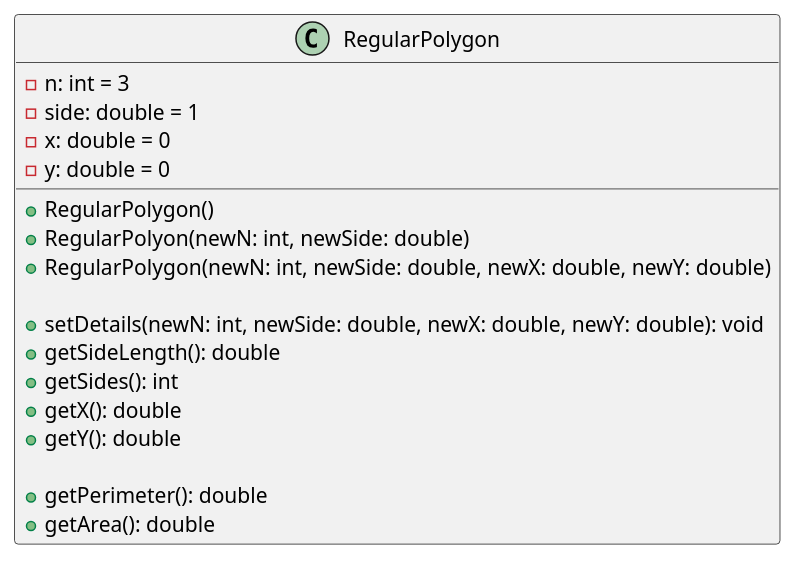
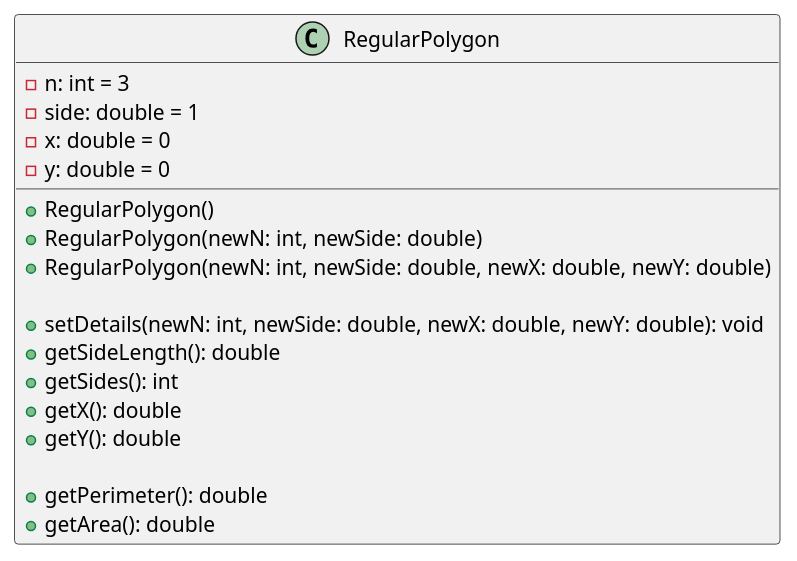
Before and after one commit to busiedbog/java-software-development: the diagram in Exercise 9.9/regularPolygon.puml, drawn with PlantUML. The commit also changed 3 other files, not shown here.

```diff
--- a/Exercise 9.9/regularPolygon.puml
+++ b/Exercise 9.9/regularPolygon.puml
@@ -1,23 +1,23 @@
 @startuml
 class RegularPolygon {
 
     -n: int = 3
     -side: double = 1
     -x: double = 0
     -y: double = 0
 
     +RegularPolygon()
-    +RegularPolyon(newN: int, newSide: double)
+    +RegularPolygon(newN: int, newSide: double)
     +RegularPolygon(newN: int, newSide: double, newX: double, newY: double)
 
     +setDetails(newN: int, newSide: double, newX: double, newY: double): void
     +getSideLength(): double
     +getSides(): int
     +getX(): double
     +getY(): double
 
     +getPerimeter(): double
     +getArea(): double
 
 }
 @enduml
```
